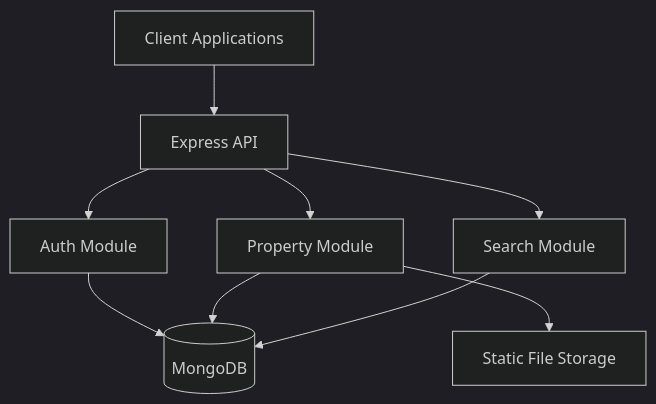
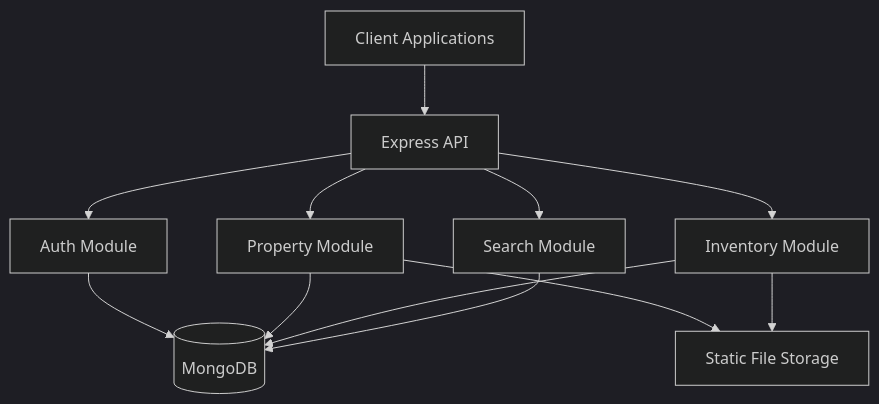
Before and after one commit to jpperkins30-ai/real-estate-platform: the first of 18 diagrams in docs/architecture.md, drawn with Mermaid (dark theme). The commit also changed other lines of this file and 36 other files, not shown here.

````diff
--- a/docs/architecture.md
+++ b/docs/architecture.md
@@ -7,19 +7,23 @@
 ```mermaid
 graph TB
     Client[Client Applications]
     API[Express API]
     Auth[Auth Module]
     Prop[Property Module]
+    Inventory[Inventory Module]
     Search[Search Module]
     DB[(MongoDB)]
     Static[Static File Storage]
 
     Client --> API
     API --> Auth
     API --> Prop
+    API --> Inventory
     API --> Search
     Auth --> DB
     Prop --> DB
+    Inventory --> DB
     Search --> DB
     Prop --> Static
+    Inventory --> Static
 ```
````
